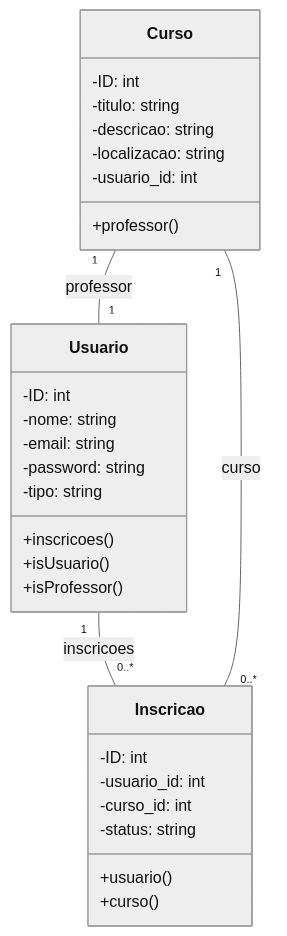
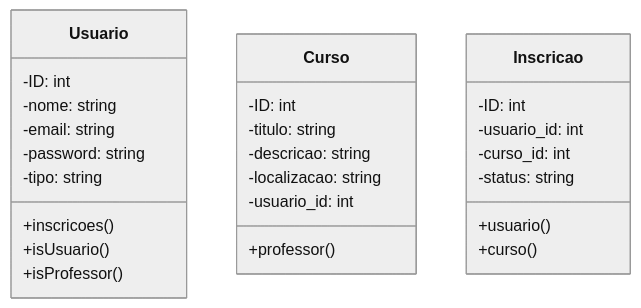
The diagram in README.md (Paiva8859/PlataformaEAD), drawn with Mermaid (neutral theme) before and after one commit.

````diff
--- a/README.md
+++ b/README.md
@@ -2,35 +2,31 @@
 ```mermaid
 classDiagram
     class Usuario {
         -ID: int
         -nome: string
         -email: string
         -password: string
         -tipo: string
         +inscricoes()
         +isUsuario()
         +isProfessor()
     }
 
     class Curso {
         -ID: int
         -titulo: string
         -descricao: string
         -localizacao: string
         -usuario_id: int
         +professor()
     }
 
     class Inscricao {
         -ID: int
         -usuario_id: int
         -curso_id: int
         -status: string
         +usuario()
         +curso()
     }
-
-    Usuario "1" -- "0..*" Inscricao: inscricoes
-    Curso "1" -- "0..*" Inscricao: curso
-    Curso "1" -- "1" Usuario: professor
 ```
````
